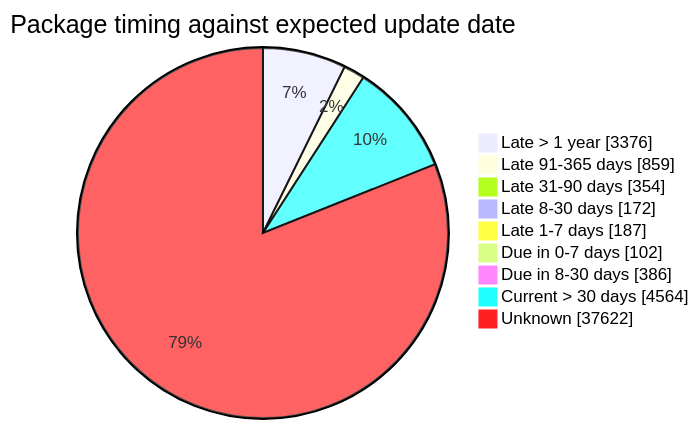
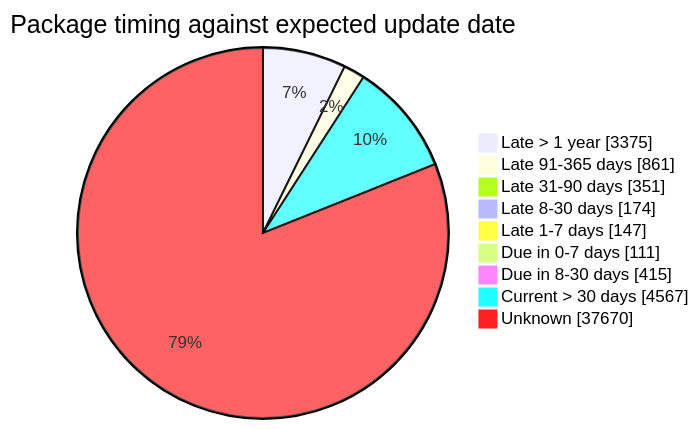
Before and after one commit to open-data/analytics-corporate-reporting: the fourth of 5 diagrams in FreshCheck/README.md, drawn with Mermaid. The commit also changed other lines of this file and 3 other files, not shown here.

````diff
--- a/FreshCheck/README.md
+++ b/FreshCheck/README.md
@@ -86,12 +86,12 @@
 ```mermaid
 pie showData title Package timing against expected update date
-    "Late > 1 year": 3376
-    "Late 91-365 days": 859
-    "Late 31-90 days": 354
-    "Late 8-30 days": 172
-    "Late 1-7 days": 187
-    "Due in 0-7 days": 102
-    "Due in 8-30 days": 386
-    "Current > 30 days": 4564
-    "Unknown": 37622
+    "Late > 1 year": 3375
+    "Late 91-365 days": 861
+    "Late 31-90 days": 351
+    "Late 8-30 days": 174
+    "Late 1-7 days": 147
+    "Due in 0-7 days": 111
+    "Due in 8-30 days": 415
+    "Current > 30 days": 4567
+    "Unknown": 37670
 ```
````
